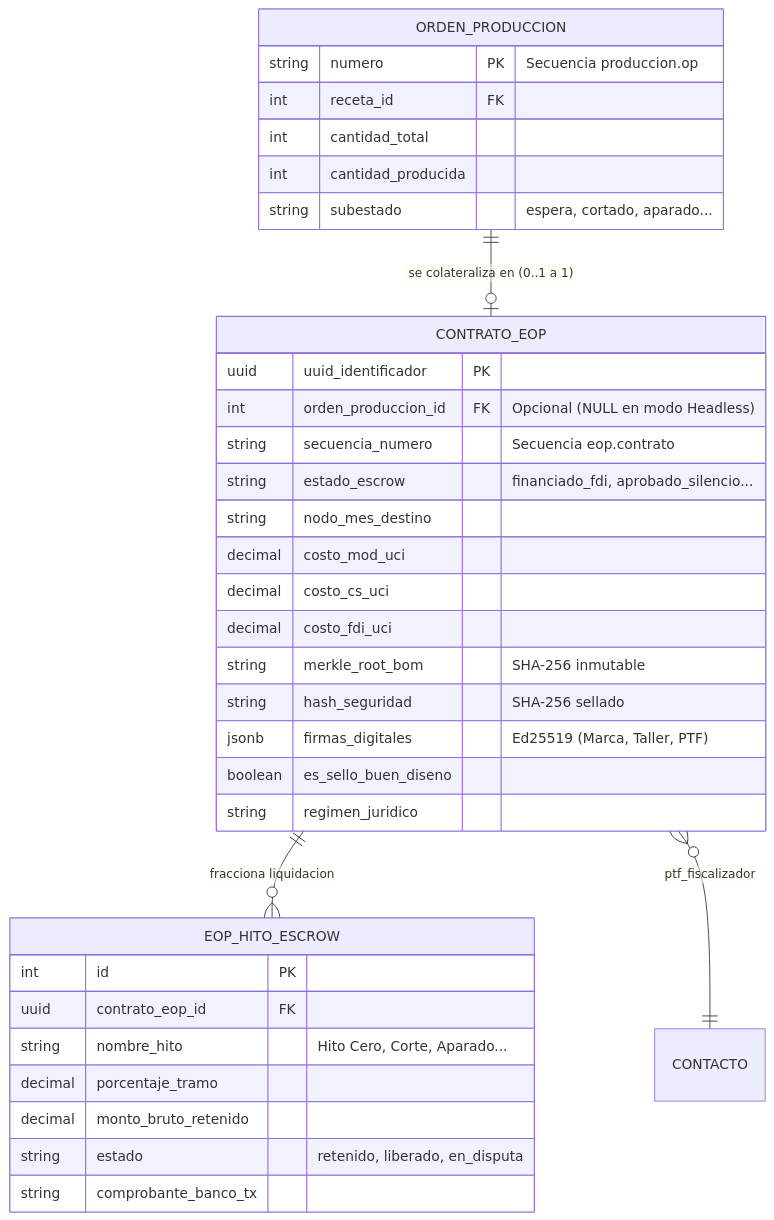
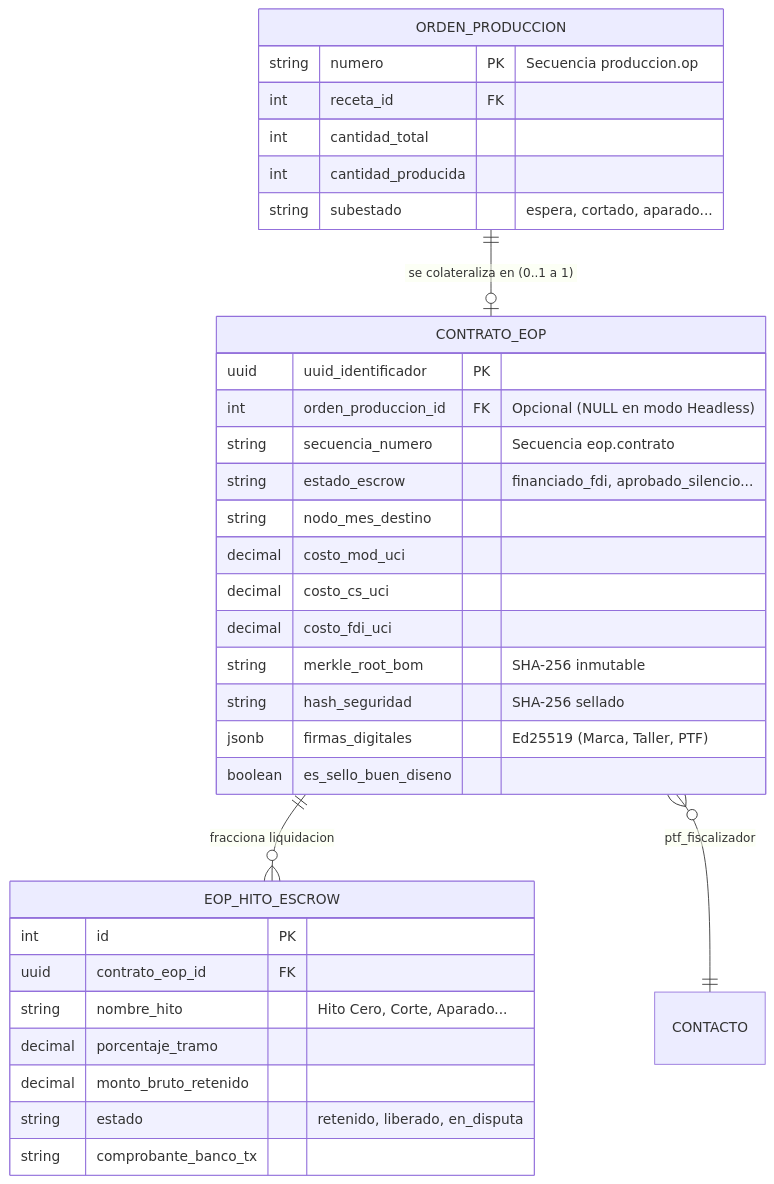
One commit to sarthouse/indinopy changed the fourth of 4 diagrams in PLAN_IMPLEMENTACION.md. Above: the diagram before and after it, drawn with Mermaid. The commit also changed other lines of this file and 4 other files, not shown here.

````diff
--- a/PLAN_IMPLEMENTACION.md
+++ b/PLAN_IMPLEMENTACION.md
@@ -783,40 +973,39 @@
 ```mermaid
 erDiagram
     ORDEN_PRODUCCION ||--o| CONTRATO_EOP : "se colateraliza en (0..1 a 1)"
     CONTRATO_EOP ||--o{ EOP_HITO_ESCROW : "fracciona liquidacion"
     CONTRATO_EOP }o--|| CONTACTO : "ptf_fiscalizador"
     
     ORDEN_PRODUCCION {
         string numero PK "Secuencia produccion.op"
         int receta_id FK
         int cantidad_total
         int cantidad_producida
         string subestado "espera, cortado, aparado..."
     }
 
     CONTRATO_EOP {
         uuid uuid_identificador PK
         int orden_produccion_id FK "Opcional (NULL en modo Headless)"
         string secuencia_numero "Secuencia eop.contrato"
         string estado_escrow "financiado_fdi, aprobado_silencio..."
         string nodo_mes_destino
         decimal costo_mod_uci
         decimal costo_cs_uci
         decimal costo_fdi_uci
         string merkle_root_bom "SHA-256 inmutable"
         string hash_seguridad "SHA-256 sellado"
         jsonb firmas_digitales "Ed25519 (Marca, Taller, PTF)"
         boolean es_sello_buen_diseno
-        string regimen_juridico
     }
 
     EOP_HITO_ESCROW {
         int id PK
         uuid contrato_eop_id FK
         string nombre_hito "Hito Cero, Corte, Aparado..."
         decimal porcentaje_tramo
         decimal monto_bruto_retenido
         string estado "retenido, liberado, en_disputa"
         string comprobante_banco_tx
     }
 ```
````
